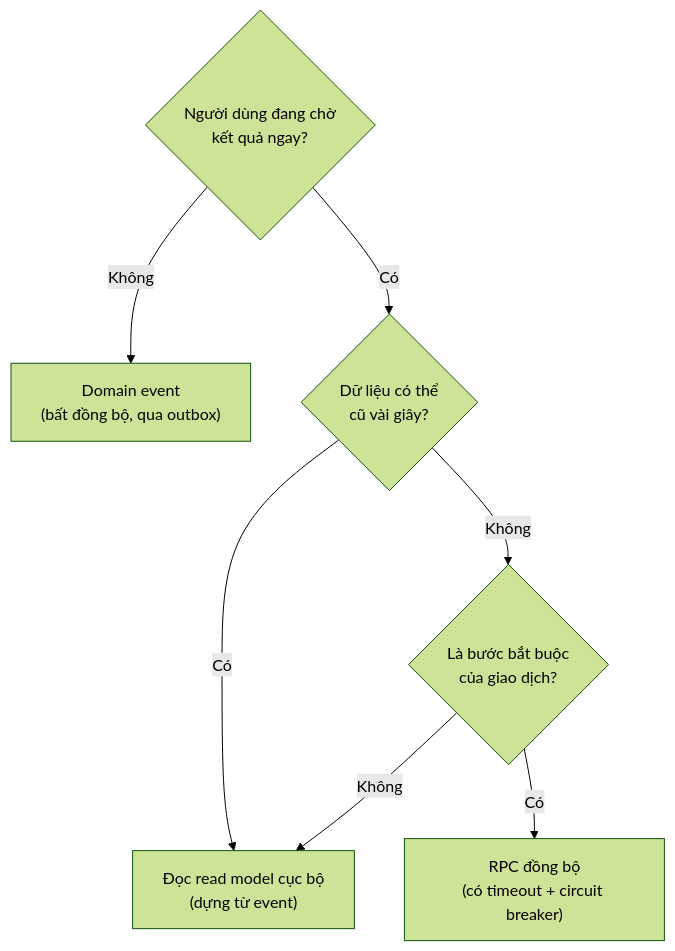
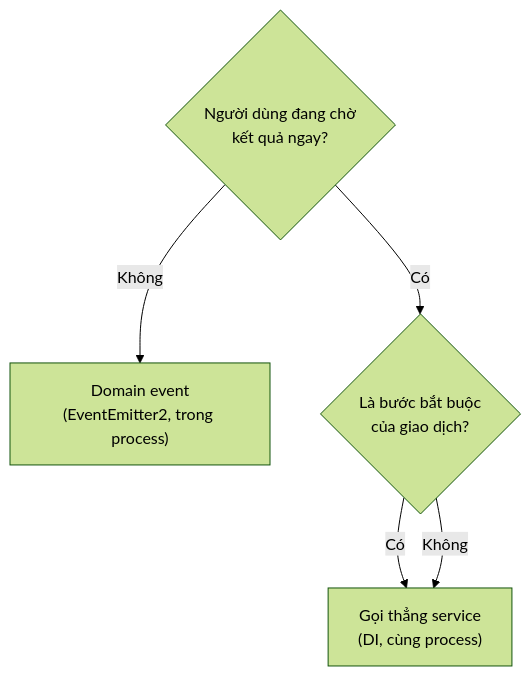
The first of 4 diagrams in docs/01-architecture/communication-patterns.md (timmy277/timmyhub), drawn with Mermaid (forest theme) before and after one commit. The commit also changed other lines of this file and 34 other files, not shown here.

````diff
--- a/docs/01-architecture/communication-patterns.md
+++ b/docs/01-architecture/communication-patterns.md
@@ -13,10 +18,8 @@
 ```mermaid
 flowchart TD
     Q1{"Người dùng đang chờ<br/>kết quả ngay?"}
-    Q1 -->|Không| EVT["Domain event<br/>(bất đồng bộ, qua outbox)"]
-    Q1 -->|Có| Q2{"Dữ liệu có thể<br/>cũ vài giây?"}
-    Q2 -->|Có| RM["Đọc read model cục bộ<br/>(dựng từ event)"]
-    Q2 -->|Không| Q3{"Là bước bắt buộc<br/>của giao dịch?"}
-    Q3 -->|Có| RPC["RPC đồng bộ<br/>(có timeout + circuit breaker)"]
-    Q3 -->|Không| RM
+    Q1 -->|Không| EVT["Domain event<br/>(EventEmitter2, trong process)"]
+    Q1 -->|Có| Q2{"Là bước bắt buộc<br/>của giao dịch?"}
+    Q2 -->|Có| CALL["Gọi thẳng service<br/>(DI, cùng process)"]
+    Q2 -->|Không| CALL
 ```
````
